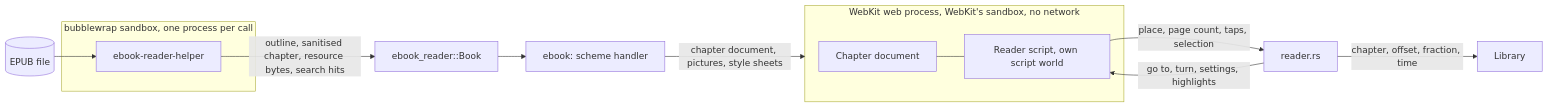
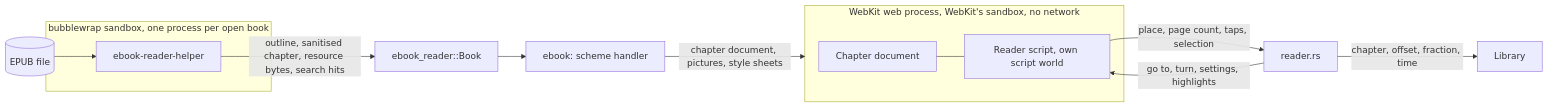
One commit to endqwerty/ebook-manager changed the diagram in docs/design/epub-reading.md. Above: the diagram before and after it, drawn with Mermaid. The commit also changed other lines of this file and 15 other files, not shown here.

First line of the commit message:
Keep one sandboxed helper per open book and send pictures as raw bytes

````diff
--- a/docs/design/epub-reading.md
+++ b/docs/design/epub-reading.md
@@ -239,16 +239,16 @@
 ```mermaid
 flowchart LR
-    subgraph Sandbox [bubblewrap sandbox, one process per call]
+    subgraph Sandbox [bubblewrap sandbox, one process per open book]
         Helper[ebook-reader-helper]
     end
     Book[(EPUB file)] --> Helper
     Helper -- outline, sanitised chapter, resource bytes, search hits --> Host[ebook_reader::Book]
     Host --> Scheme[ebook: scheme handler]
     Scheme -- chapter document, pictures, style sheets --> Web
     subgraph Web [WebKit web process, WebKit's sandbox, no network]
         Page[Chapter document] --- Script[Reader script, own script world]
     end
     Script -- place, page count, taps, selection --> Shell[reader.rs]
     Shell -- go to, turn, settings, highlights --> Script
     Shell -- chapter, offset, fraction, time --> Store[Library]
 ```
````
